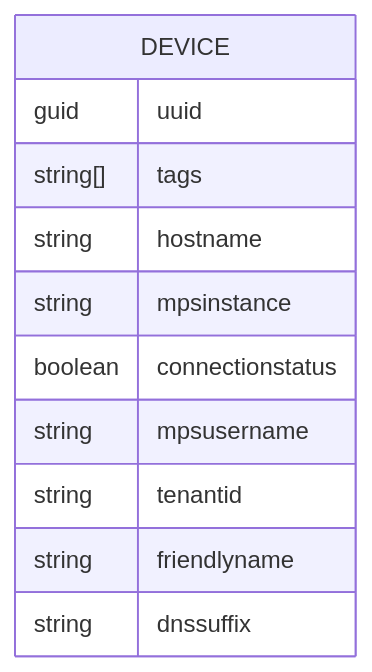
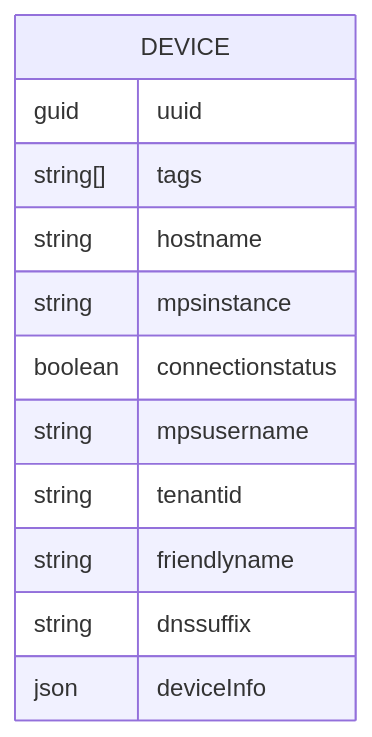
The first of 3 diagrams in docs/Deployment/Database/schema.md (open-amt-cloud-toolkit/docs), drawn with Mermaid before and after one commit. The commit also changed 2 other files, not shown here.

Commit message:
docs(deployment): update db for devicestate (#345)
* docs(deployment): update db

* fix: mkdocs deprec warnings

````diff
--- a/docs/Deployment/Database/schema.md
+++ b/docs/Deployment/Database/schema.md
@@ -5,14 +5,15 @@
   ```mermaid
   erDiagram
       DEVICE {
           guid uuid
           string[] tags
           string hostname
           string mpsinstance
           boolean connectionstatus
           string mpsusername
           string tenantid
           string friendlyname
           string dnssuffix
+          json deviceInfo
       }
   ```
````
